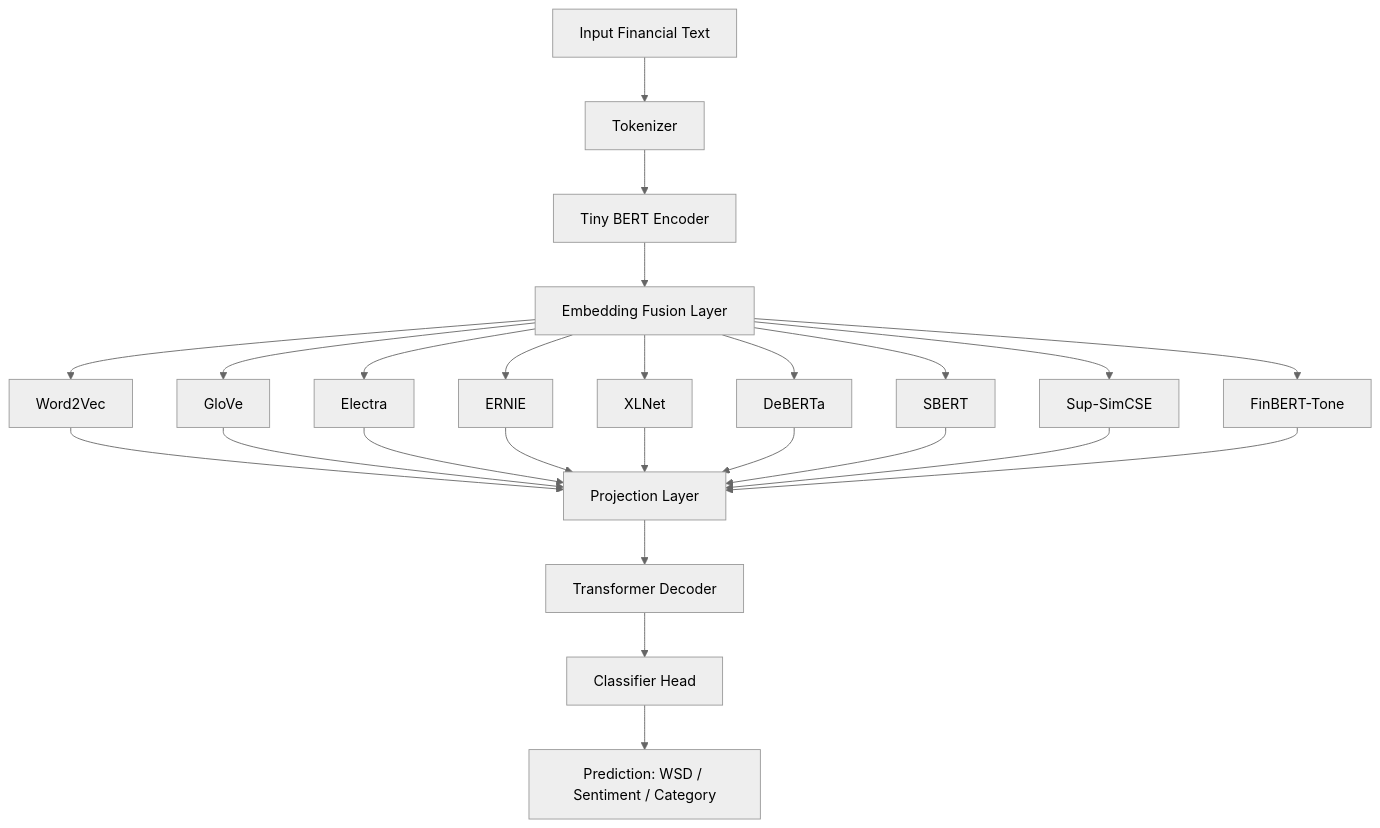
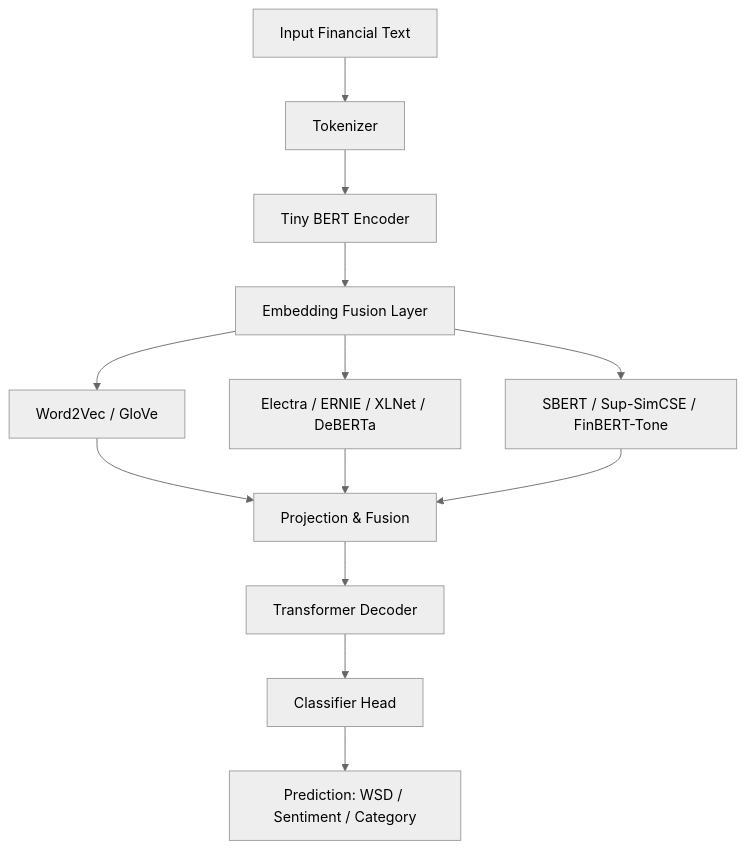
One commit to sanjithganesa/WSD-Financial-NLP-Pipeline changed the diagram in README.md. Above: the diagram before and after it, drawn with Mermaid (neutral theme). The commit also changed other lines of this file, not shown here.

````diff
--- a/README.md
+++ b/README.md
@@ -190,27 +173,15 @@
 ```mermaid
 flowchart TD
     A[Input Financial Text] --> B[Tokenizer]
     B --> C[Tiny BERT Encoder]
     C --> D[Embedding Fusion Layer]
-    D --> E[Word2Vec]
-    D --> F[GloVe]
-    D --> G[Electra]
-    D --> H[ERNIE]
-    D --> I[XLNet]
-    D --> J[DeBERTa]
-    D --> K[SBERT]
-    D --> L[Sup-SimCSE]
-    D --> M[FinBERT-Tone]
-    E --> N[Projection Layer]
-    F --> N
-    G --> N
-    H --> N
-    I --> N
-    J --> N
-    K --> N
-    L --> N
-    M --> N
-    N --> O[Transformer Decoder]
-    O --> P[Classifier Head]
-    P --> Q[Prediction: WSD / Sentiment / Category]
+    D --> E[Word2Vec / GloVe]
+    D --> F[Electra / ERNIE / XLNet / DeBERTa]
+    D --> G[SBERT / Sup-SimCSE / FinBERT-Tone]
+    E --> H[Projection & Fusion]
+    F --> H
+    G --> H
+    H --> I[Transformer Decoder]
+    I --> J[Classifier Head]
+    J --> K[Prediction: WSD / Sentiment / Category]
 ```
````
